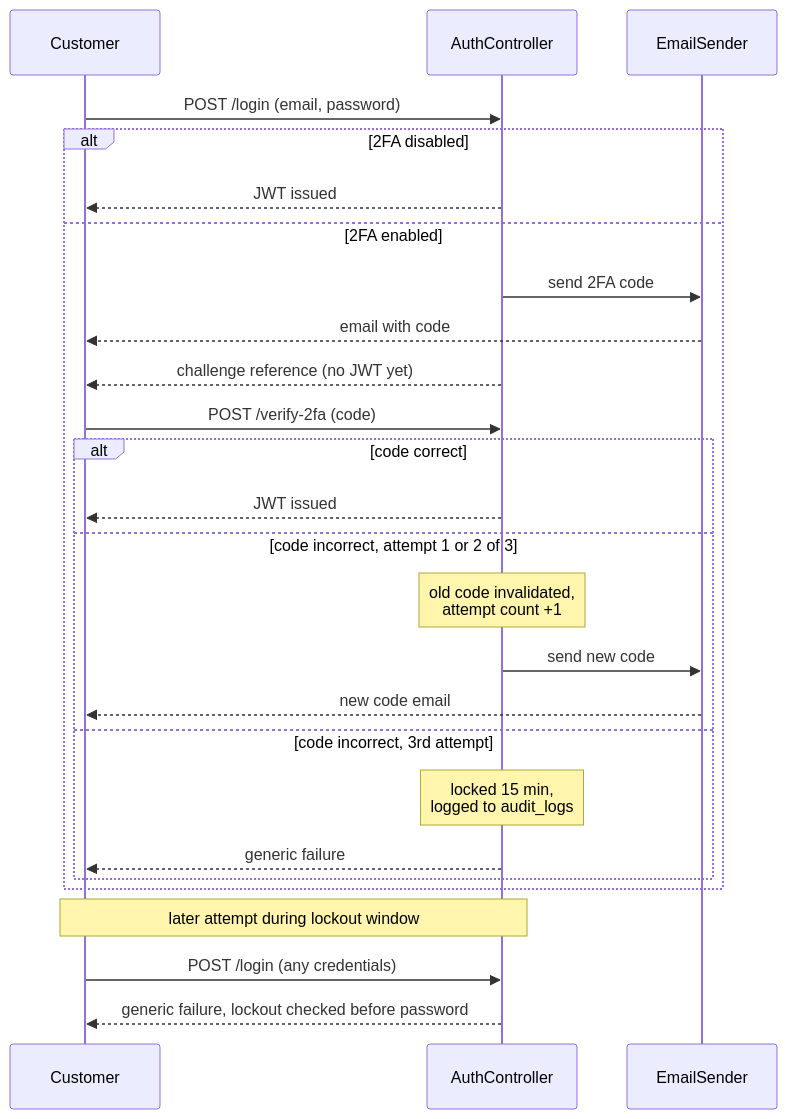
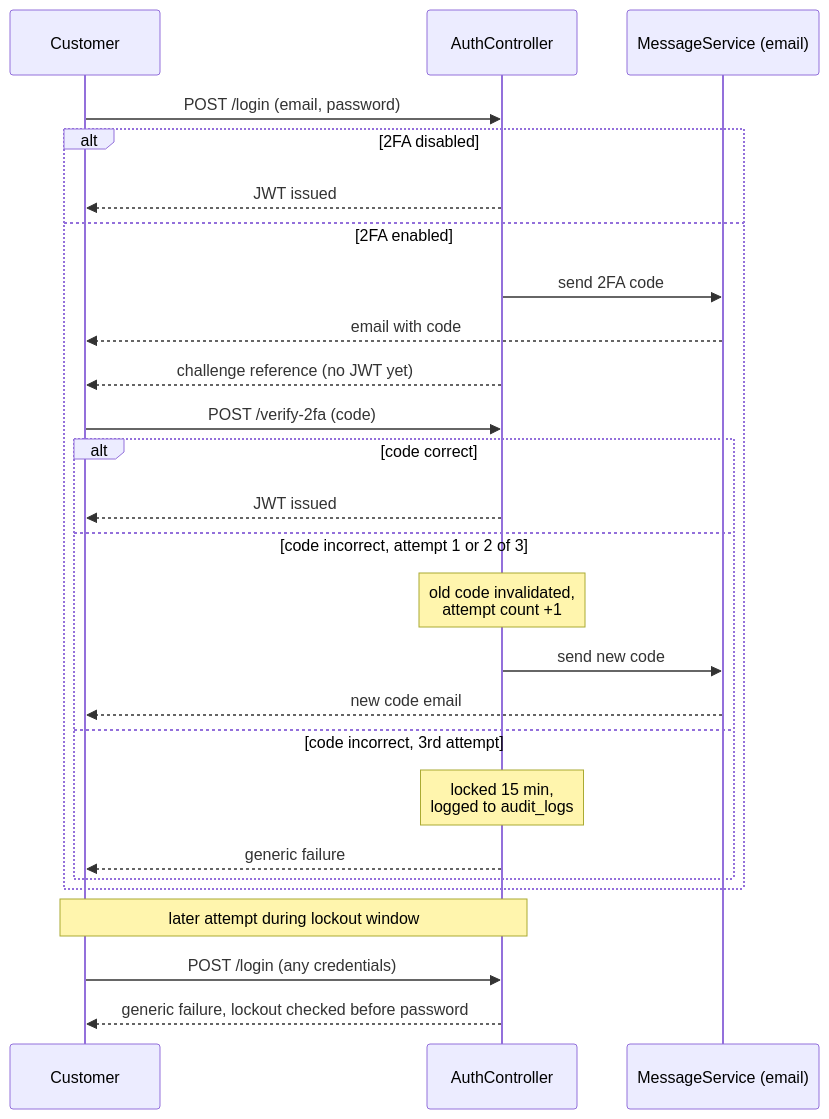
The diagram in design-docs/login_2fa_sequence.md (cptrobie/subscribe-master), drawn with Mermaid before and after one commit. The commit also changed 8 other files, not shown here.

````diff
--- a/design-docs/login_2fa_sequence.md
+++ b/design-docs/login_2fa_sequence.md
@@ -5,32 +5,32 @@
 ```mermaid
 sequenceDiagram
     participant C as Customer
     participant A as AuthController
-    participant E as EmailSender
+    participant E as MessageService (email)
 
     C->>A: POST /login (email, password)
 
     alt 2FA disabled
         A-->>C: JWT issued
     else 2FA enabled
         A->>E: send 2FA code
         E-->>C: email with code
         A-->>C: challenge reference (no JWT yet)
 
         C->>A: POST /verify-2fa (code)
         alt code correct
             A-->>C: JWT issued
         else code incorrect, attempt 1 or 2 of 3
             Note over A: old code invalidated,<br/>attempt count +1
             A->>E: send new code
             E-->>C: new code email
         else code incorrect, 3rd attempt
             Note over A: locked 15 min,<br/>logged to audit_logs
             A-->>C: generic failure
         end
     end
 
     Note over C,A: later attempt during lockout window
     C->>A: POST /login (any credentials)
     A-->>C: generic failure, lockout checked before password
 ```
````
